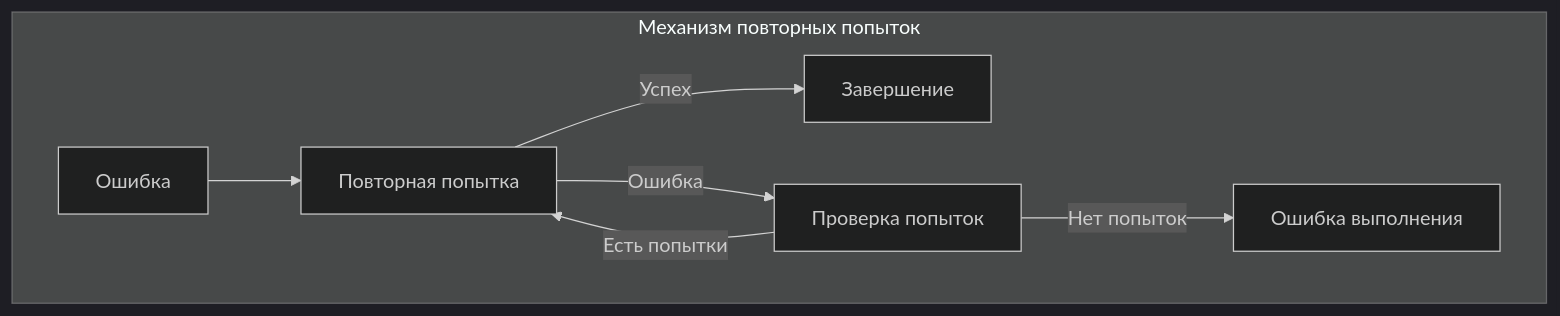
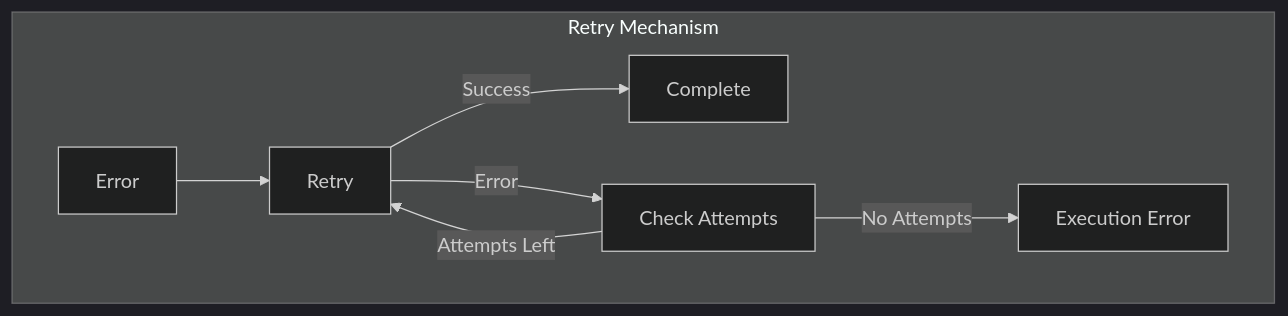
Before and after one commit to olegische/roro-tasks: the seventh of 7 diagrams in docs-task/document_processor_v2/ARCHITECTURE.md, drawn with Mermaid (dark theme). The commit also changed other lines of this file, not shown here.

````diff
--- a/docs-task/document_processor_v2/ARCHITECTURE.md
+++ b/docs-task/document_processor_v2/ARCHITECTURE.md
@@ -173,10 +173,10 @@
 ```mermaid
 graph TD
-    subgraph "Механизм повторных попыток"
-        Err[Ошибка] --> Retry[Повторная попытка]
-        Retry -->|"Успех"| Success[Завершение]
-        Retry -->|"Ошибка"| Check[Проверка попыток]
-        Check -->|"Есть попытки"| Retry
-        Check -->|"Нет попыток"| Fail[Ошибка выполнения]
+    subgraph "Retry Mechanism"
+        Err[Error] --> Retry[Retry]
+        Retry -->|"Success"| Success[Complete]
+        Retry -->|"Error"| Check[Check Attempts]
+        Check -->|"Attempts Left"| Retry
+        Check -->|"No Attempts"| Fail[Execution Error]
     end
 ```
````
